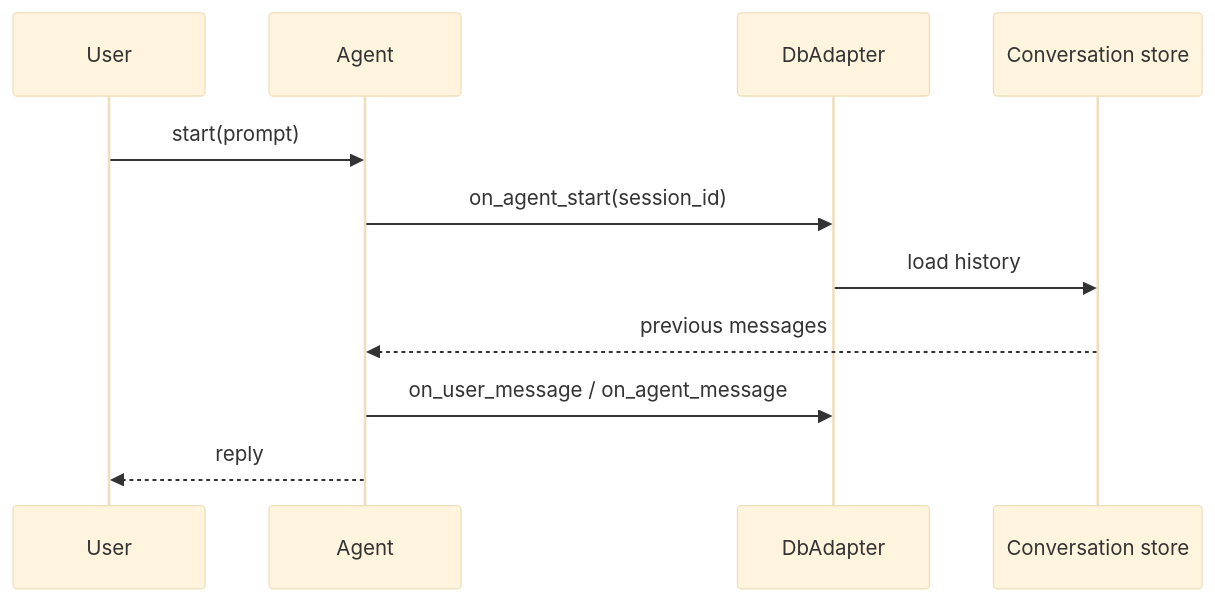
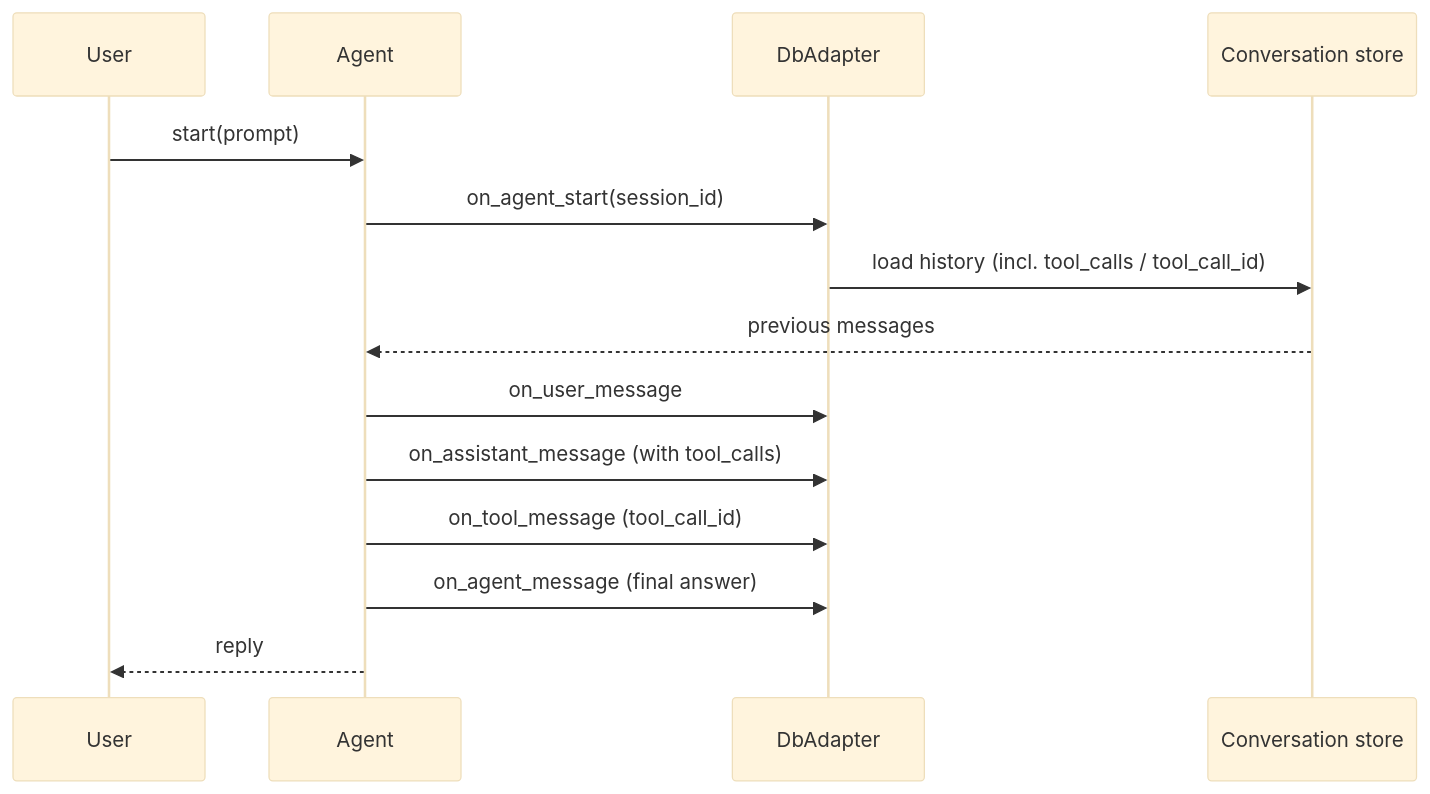
Before and after one commit to MervinPraison/PraisonAIDocs: the second of 2 diagrams in docs/features/database-persistence.mdx, drawn with Mermaid (base theme). The commit also changed other lines of this file and 3 other files, not shown here.

````diff
--- a/docs/features/database-persistence.mdx
+++ b/docs/features/database-persistence.mdx
@@ -104,14 +104,17 @@
 ```mermaid
 sequenceDiagram
     participant User
     participant Agent
     participant DB as DbAdapter
     participant Store as Conversation store
 
     User->>Agent: start(prompt)
     Agent->>DB: on_agent_start(session_id)
-    DB->>Store: load history
+    DB->>Store: load history (incl. tool_calls / tool_call_id)
     Store-->>Agent: previous messages
-    Agent->>DB: on_user_message / on_agent_message
+    Agent->>DB: on_user_message
+    Agent->>DB: on_assistant_message (with tool_calls)
+    Agent->>DB: on_tool_message (tool_call_id)
+    Agent->>DB: on_agent_message (final answer)
     Agent-->>User: reply
 ```
````
